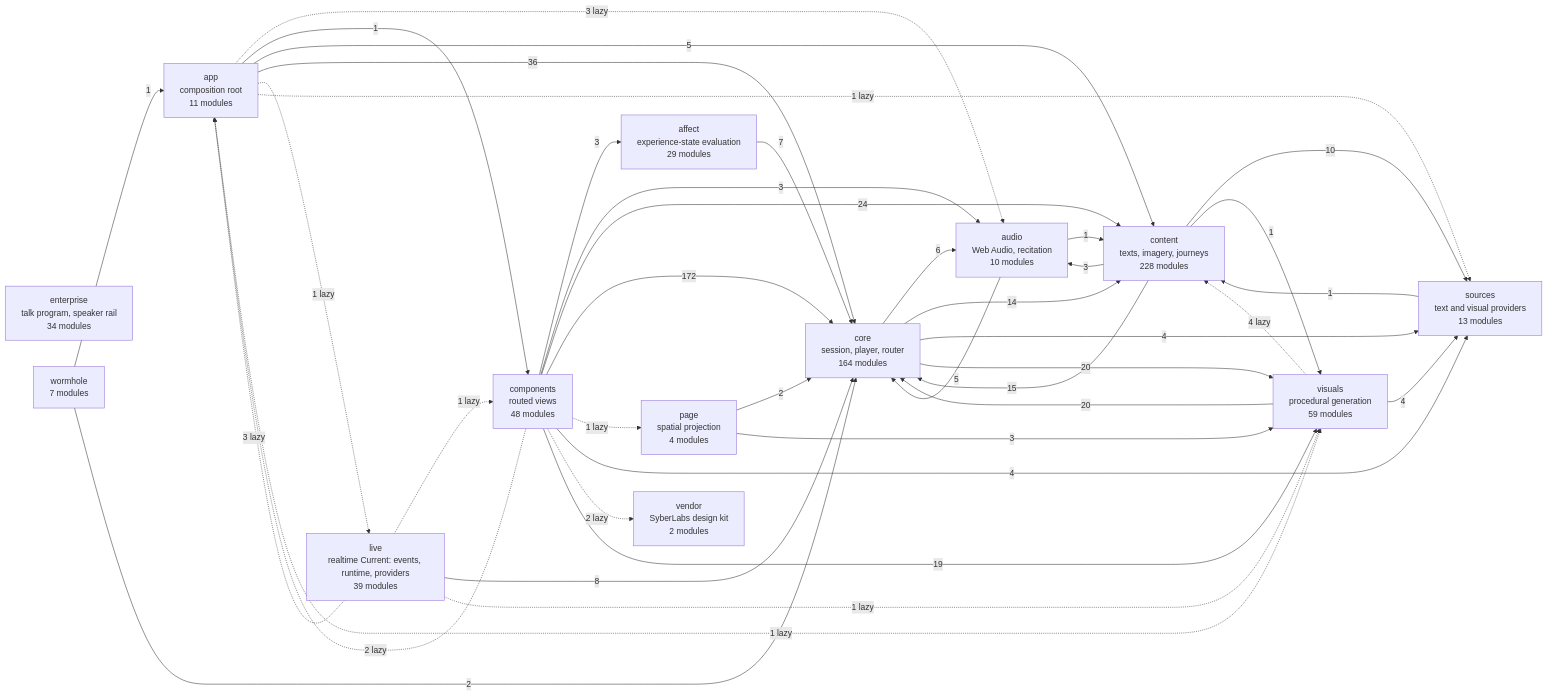
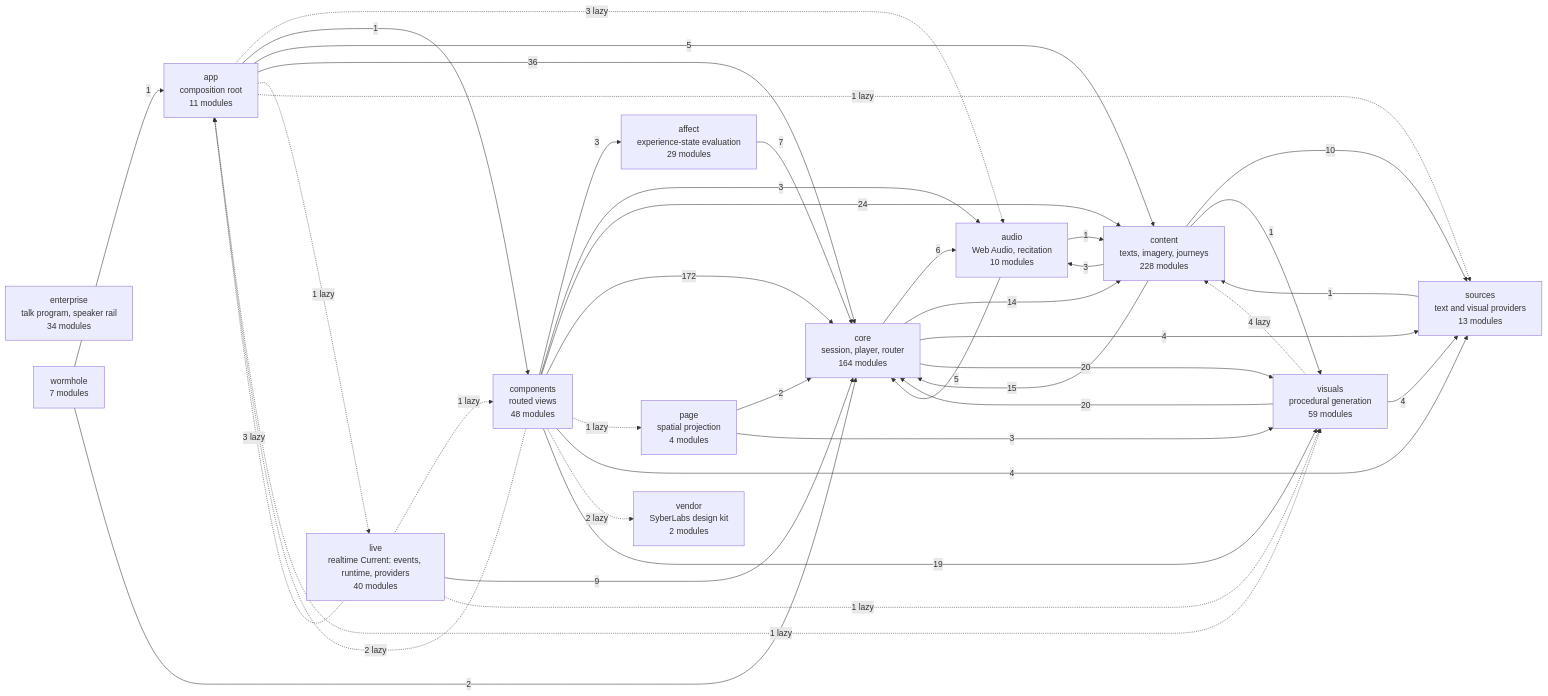
The diagram in docs/specs/ARCHITECTURE.md (SyberLabs/RISE), drawn with Mermaid before and after one commit. The commit also changed 62 other files, not shown here.

````diff
--- a/docs/specs/ARCHITECTURE.md
+++ b/docs/specs/ARCHITECTURE.md
@@ -160,56 +160,56 @@
 ```mermaid
 flowchart LR
     affect["affect<br/>experience-state evaluation<br/>29 modules"]
     app["app<br/>composition root<br/>11 modules"]
     audio["audio<br/>Web Audio, recitation<br/>10 modules"]
     components["components<br/>routed views<br/>48 modules"]
     content["content<br/>texts, imagery, journeys<br/>228 modules"]
     core["core<br/>session, player, router<br/>164 modules"]
     enterprise["enterprise<br/>talk program, speaker rail<br/>34 modules"]
-    live["live<br/>realtime Current: events, runtime, providers<br/>39 modules"]
+    live["live<br/>realtime Current: events, runtime, providers<br/>40 modules"]
     page["page<br/>spatial projection<br/>4 modules"]
     sources["sources<br/>text and visual providers<br/>13 modules"]
     vendor["vendor<br/>SyberLabs design kit<br/>2 modules"]
     visuals["visuals<br/>procedural generation<br/>59 modules"]
     wormhole["wormhole<br/>7 modules"]
 
     affect --> |7| core
     app -.-> |3 lazy| audio
     app --> |1| components
     app --> |5| content
     app --> |36| core
     app -.-> |1 lazy| live
     app -.-> |1 lazy| sources
     app -.-> |1 lazy| visuals
     audio --> |1| content
     audio --> |5| core
     components --> |3| affect
     components -.-> |2 lazy| app
     components --> |3| audio
     components --> |24| content
     components --> |172| core
     components -.-> |1 lazy| page
     components --> |4| sources
     components -.-> |2 lazy| vendor
     components --> |19| visuals
     content --> |3| audio
     content --> |15| core
     content --> |10| sources
     content --> |1| visuals
     core --> |6| audio
     core --> |14| content
     core --> |4| sources
     core --> |20| visuals
     live -.-> |3 lazy| app
     live -.-> |1 lazy| components
-    live --> |8| core
+    live --> |9| core
     live -.-> |1 lazy| visuals
     page --> |2| core
     page --> |3| visuals
     sources --> |1| content
     visuals -.-> |4 lazy| content
     visuals --> |20| core
     visuals --> |4| sources
     wormhole --> |1| app
     wormhole --> |2| core
 ```
````
